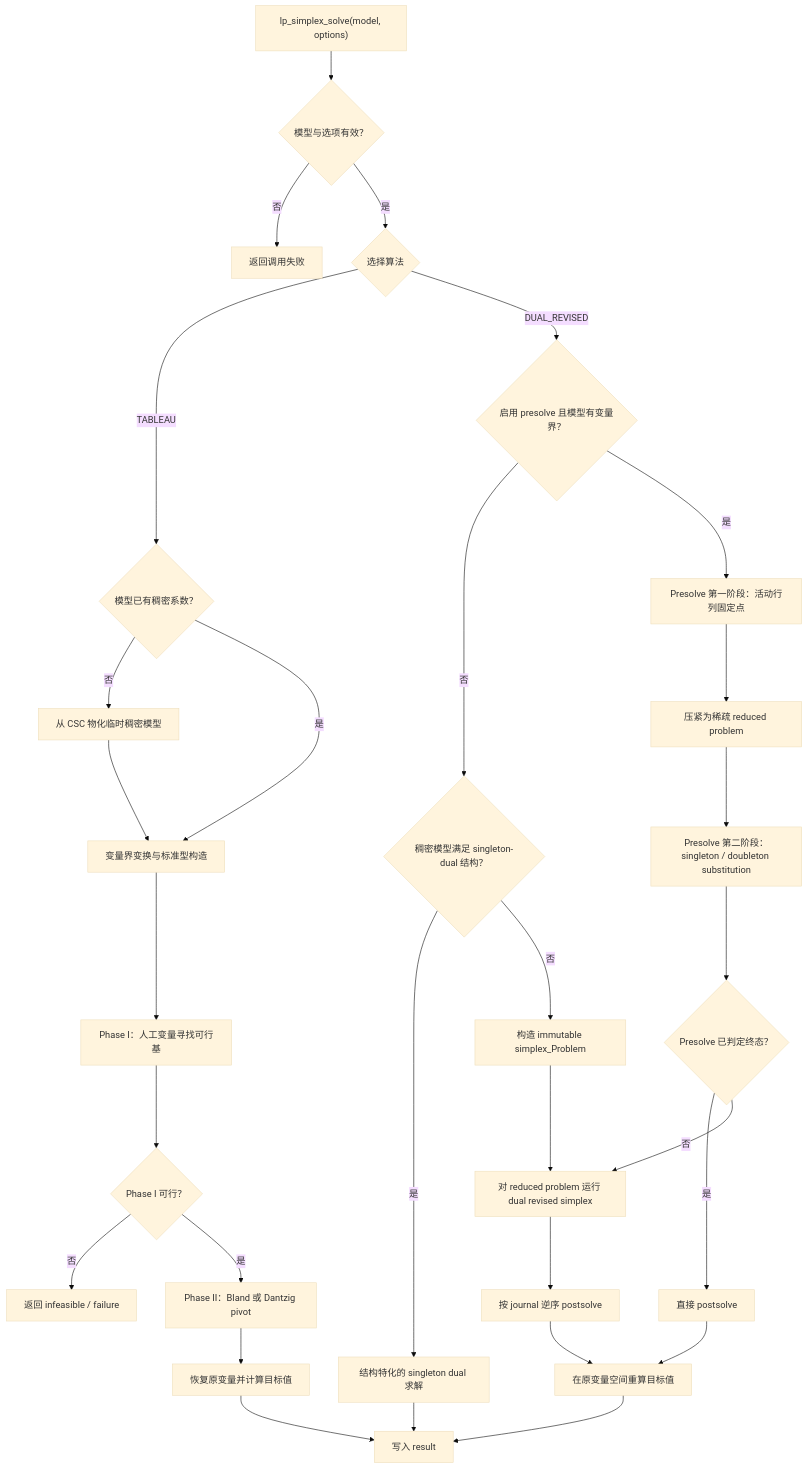
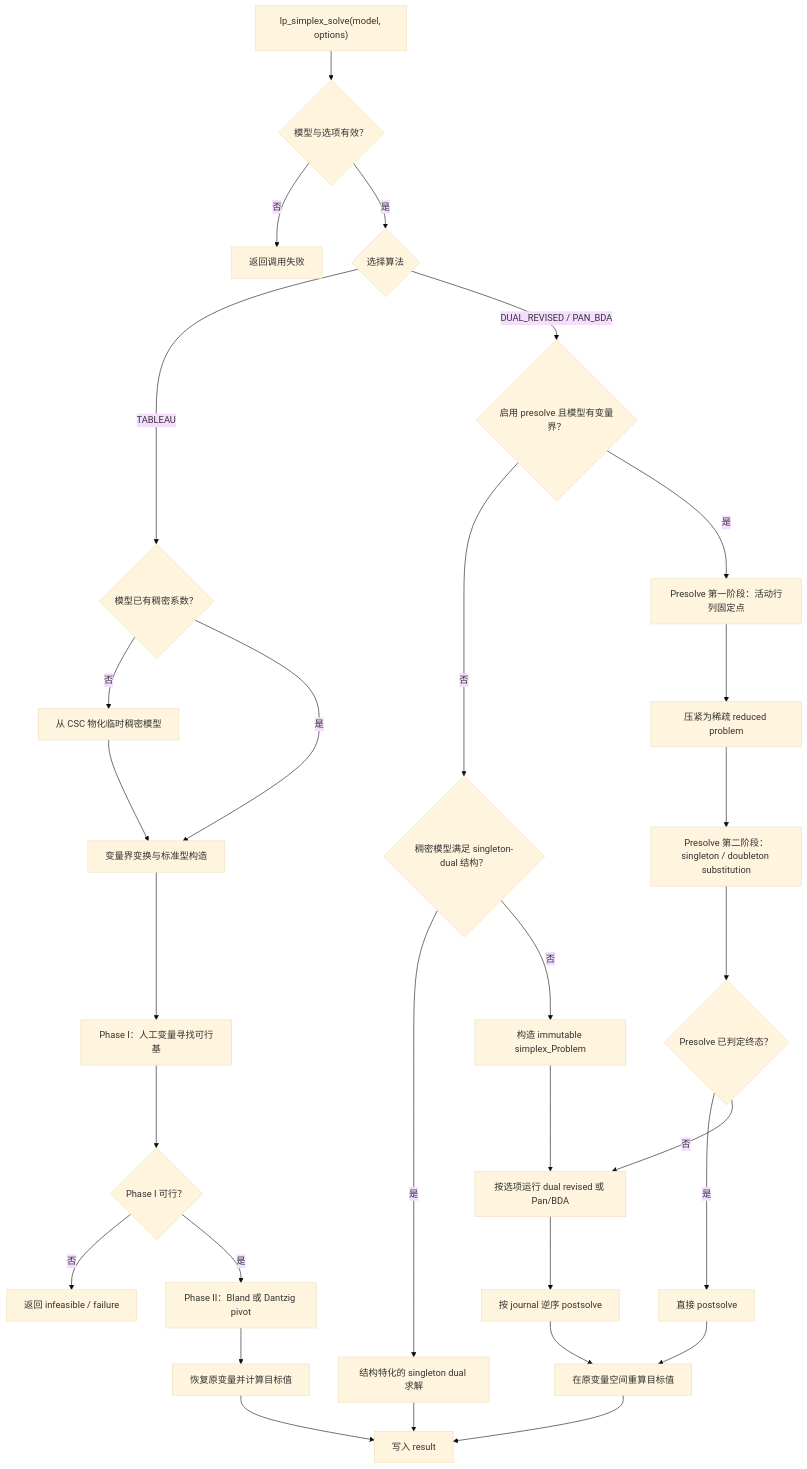
One commit to zhuanglinsheng/lp_simplex changed the first of 2 diagrams in docs/algorithm.md. Above: the diagram before and after it, drawn with Mermaid (base theme). The commit also changed other lines of this file and 46 other files, not shown here.

````diff
--- a/docs/algorithm.md
+++ b/docs/algorithm.md
@@ -29,35 +29,35 @@
 ```mermaid
 flowchart TD
     A["lp_simplex_solve(model, options)"] --> B{"模型与选项有效？"}
     B -- "否" --> X1["返回调用失败"]
     B -- "是" --> C{"选择算法"}
 
     C -- "TABLEAU" --> T1{"模型已有稠密系数？"}
     T1 -- "否" --> T2["从 CSC 物化临时稠密模型"]
     T1 -- "是" --> T3["变量界变换与标准型构造"]
     T2 --> T3
     T3 --> T4["Phase I：人工变量寻找可行基"]
     T4 --> T5{"Phase I 可行？"}
     T5 -- "否" --> XT["返回 infeasible / failure"]
     T5 -- "是" --> T6["Phase II：Bland 或 Dantzig pivot"]
     T6 --> T7["恢复原变量并计算目标值"]
 
-    C -- "DUAL_REVISED" --> D1{"启用 presolve 且模型有变量界？"}
+    C -- "DUAL_REVISED / PAN_BDA" --> D1{"启用 presolve 且模型有变量界？"}
     D1 -- "否" --> D2{"稠密模型满足 singleton-dual 结构？"}
     D2 -- "是" --> D3["结构特化的 singleton dual 求解"]
     D2 -- "否" --> D4["构造 immutable simplex_Problem"]
 
     D1 -- "是" --> P1["Presolve 第一阶段：活动行列固定点"]
     P1 --> P2["压紧为稀疏 reduced problem"]
     P2 --> P3["Presolve 第二阶段：singleton / doubleton substitution"]
     P3 --> P4{"Presolve 已判定终态？"}
     P4 -- "是" --> P8["直接 postsolve"]
-    P4 -- "否" --> D5["对 reduced problem 运行 dual revised simplex"]
+    P4 -- "否" --> D5["按选项运行 dual revised 或 Pan/BDA"]
     D3 --> R1["写入 result"]
     D4 --> D5
     D5 --> P6["按 journal 逆序 postsolve"]
     P6 --> P7["在原变量空间重算目标值"]
     P8 --> P7
     P7 --> R1
     T7 --> R1
 ```
````
